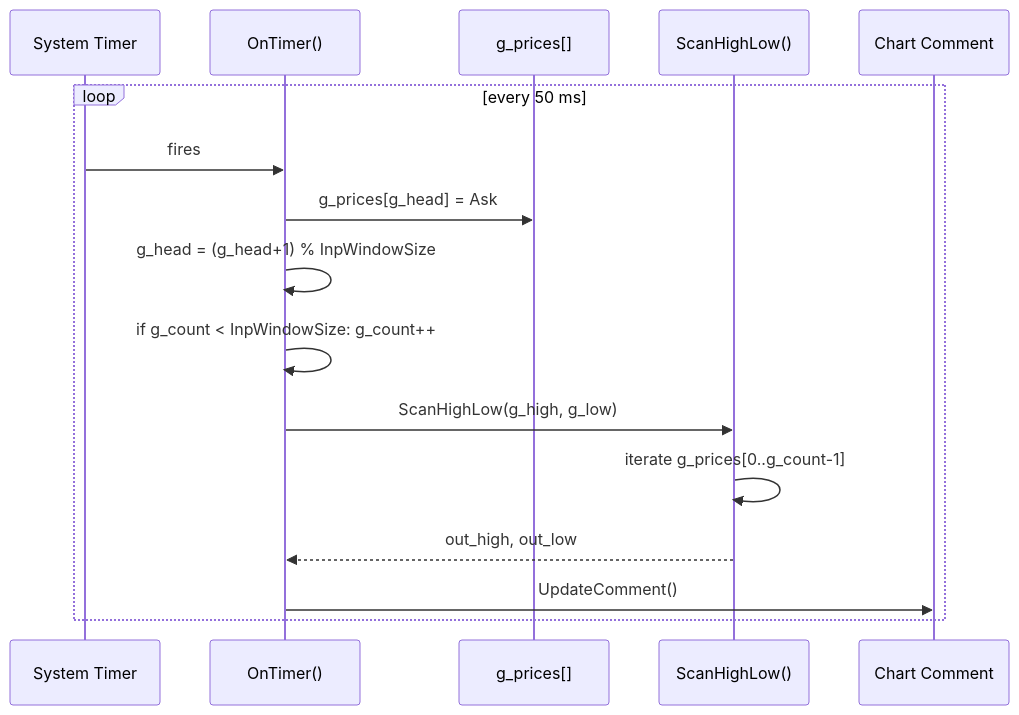
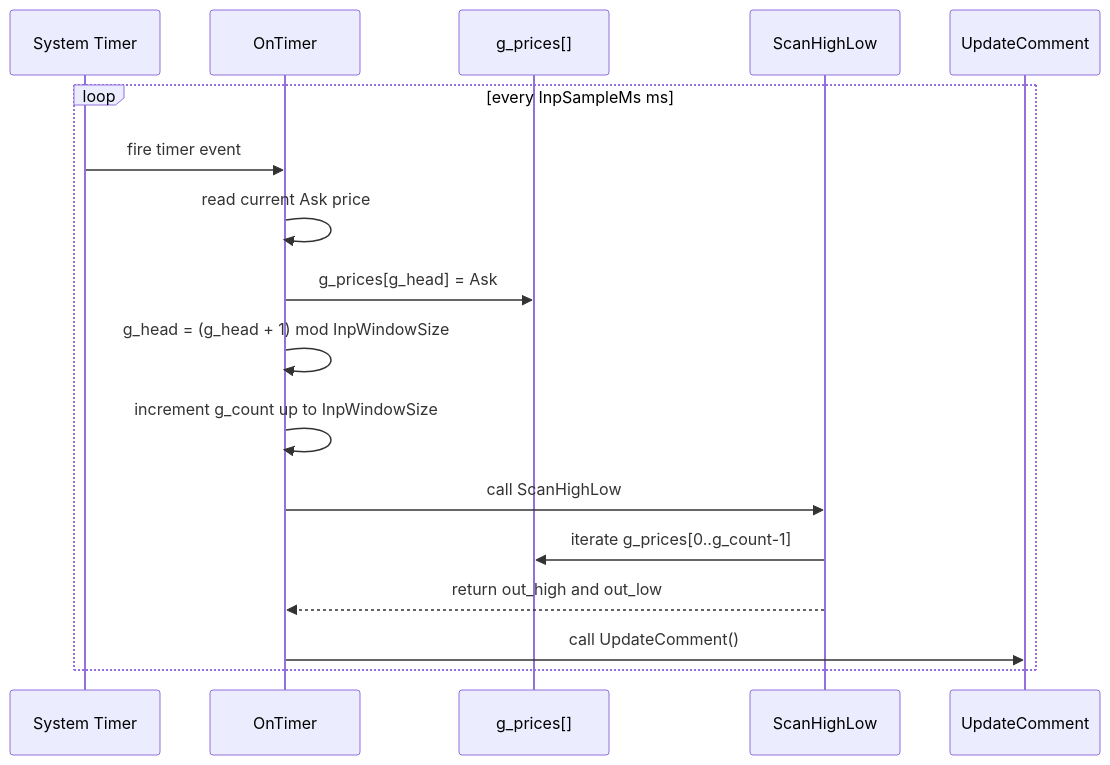
One commit to nhasibuan/oneminuteman changed the second of 4 diagrams in README.md. Above: the diagram before and after it, drawn with Mermaid. The commit also changed other lines of this file, not shown here.

````diff
--- a/README.md
+++ b/README.md
@@ -206,19 +174,20 @@
 ```mermaid
 sequenceDiagram
-    participant TMR  as System Timer
-    participant OT   as OnTimer()
-    participant BUF  as g_prices[]
-    participant SCAN as ScanHighLow()
-    participant UI   as Chart Comment
-
-    loop every 50 ms
-        TMR  ->> OT   : fires
-        OT   ->> BUF  : g_prices[g_head] = Ask
-        OT   ->> OT   : g_head = (g_head+1) % InpWindowSize
-        OT   ->> OT   : if g_count < InpWindowSize: g_count++
-        OT   ->> SCAN : ScanHighLow(g_high, g_low)
-        SCAN ->> SCAN : iterate g_prices[0..g_count-1]
-        SCAN -->> OT  : out_high, out_low
-        OT   ->> UI   : UpdateComment()
+    participant Timer as System Timer
+    participant OnTimer
+    participant Buffer as g_prices[]
+    participant Scan as ScanHighLow
+    participant Comment as UpdateComment
+    
+    loop every InpSampleMs ms
+        Timer->>OnTimer: fire timer event
+        OnTimer->>OnTimer: read current Ask price
+        OnTimer->>Buffer: g_prices[g_head] = Ask
+        OnTimer->>OnTimer: g_head = (g_head + 1) mod InpWindowSize
+        OnTimer->>OnTimer: increment g_count up to InpWindowSize
+        OnTimer->>Scan: call ScanHighLow
+        Scan->>Buffer: iterate g_prices[0..g_count-1]
+        Scan-->>OnTimer: return out_high and out_low
+        OnTimer->>Comment: call UpdateComment()
     end
 ```
````
